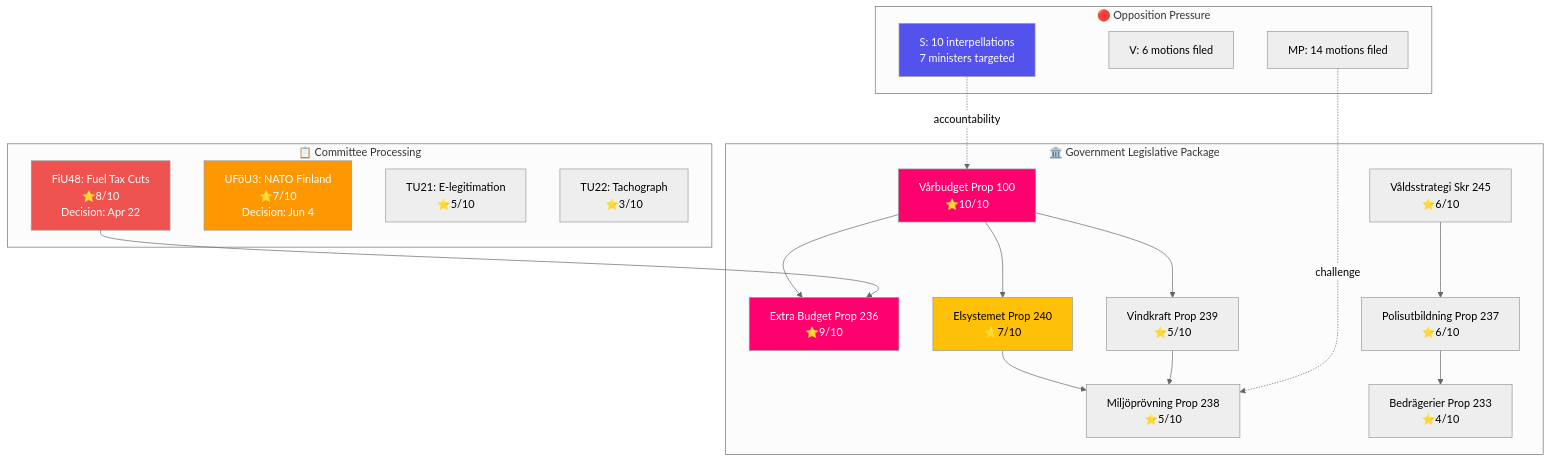
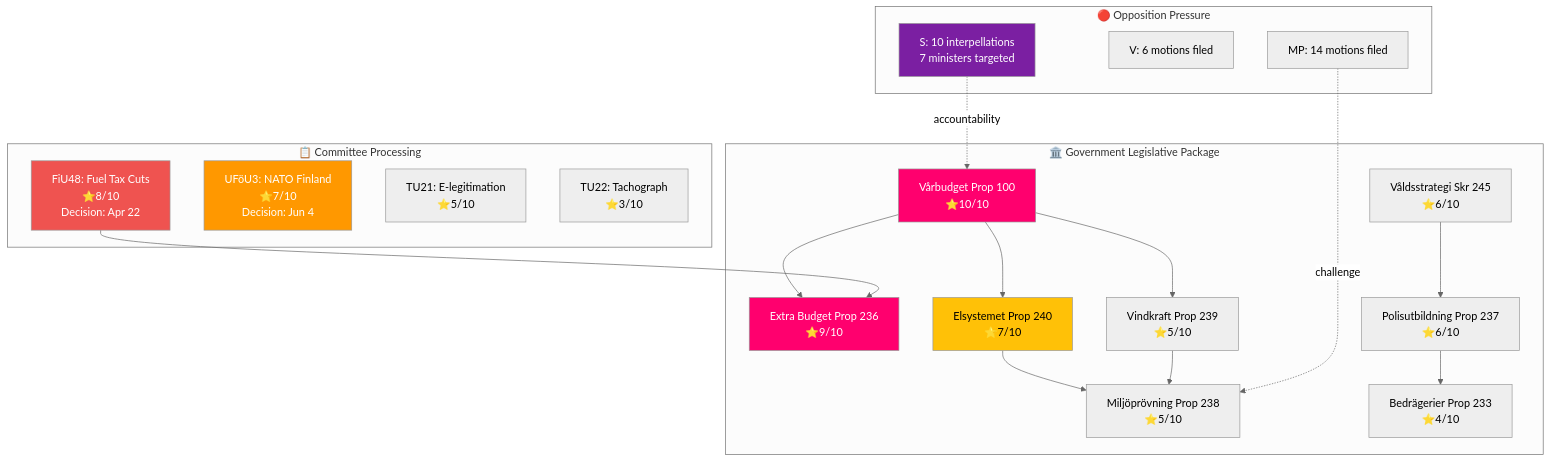
The diagram in analysis/daily/2026-04-14/evening-analysis/synthesis-summary.md (Hack23/riksdagsmonitor), drawn with Mermaid (neutral theme) before and after one commit. The commit also changed 121 other files, not shown here.

````diff
--- a/analysis/daily/2026-04-14/evening-analysis/synthesis-summary.md
+++ b/analysis/daily/2026-04-14/evening-analysis/synthesis-summary.md
@@ -43,32 +43,32 @@
 ```mermaid
 graph TD
     subgraph "🏛️ Government Legislative Package"
         VB["Vårbudget Prop 100<br/>⭐10/10"] --> EB["Extra Budget Prop 236<br/>⭐9/10"]
         VB --> EL["Elsystemet Prop 240<br/>⭐7/10"]
         VB --> WP["Vindkraft Prop 239<br/>⭐5/10"]
         EL --> ENV["Miljöprövning Prop 238<br/>⭐5/10"]
         WP --> ENV
         POL["Polisutbildning Prop 237<br/>⭐6/10"] --> FRD["Bedrägerier Prop 233<br/>⭐4/10"]
         VIO["Våldsstrategi Skr 245<br/>⭐6/10"] --> POL
     end
     subgraph "📋 Committee Processing"
         FIU["FiU48: Fuel Tax Cuts<br/>⭐8/10<br/>Decision: Apr 22"] --> EB
         NATO["UFöU3: NATO Finland<br/>⭐7/10<br/>Decision: Jun 4"]
         ELIG["TU21: E-legitimation<br/>⭐5/10"]
         TACH["TU22: Tachograph<br/>⭐3/10"]
     end
     subgraph "🔴 Opposition Pressure"
         SINT["S: 10 interpellations<br/>7 ministers targeted"]
         VMOT["V: 6 motions filed"]
         MPMOT["MP: 14 motions filed"]
     end
     SINT -.->|accountability| VB
     MPMOT -.->|challenge| ENV
 
     style VB fill:#ff006e,color:#FFFFFF
     style EB fill:#ff006e,color:#FFFFFF
     style FIU fill:#EF5350,color:#FFFFFF
     style NATO fill:#FF9800,color:#FFFFFF
     style EL fill:#FFC107,color:#000000
-    style SINT fill:#5352ed,color:#FFFFFF
+    style SINT fill:#7B1FA2,color:#FFFFFF
 ```
````
